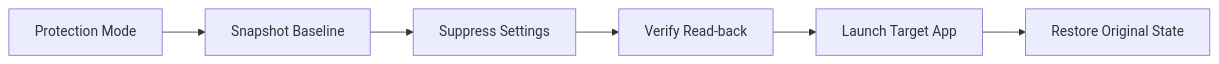
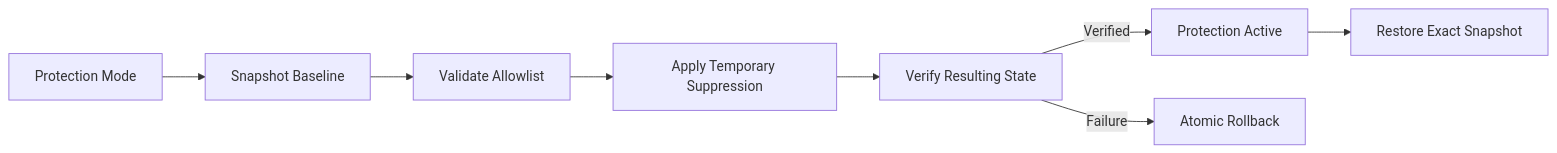
The first of 2 diagrams in README.md (nihal-here/DevShield), drawn with Mermaid before and after one commit. The commit also changed other lines of this file and 8 other files, not shown here.

````diff
--- a/README.md
+++ b/README.md
@@ -44,8 +66,10 @@
 ```mermaid
 flowchart LR
     A[Protection Mode] --> B[Snapshot Baseline]
-    B --> C[Suppress Settings]
-    C --> D[Verify Read-back]
-    D --> E[Launch Target App]
-    E --> F[Restore Original State]
+    B --> C[Validate Allowlist]
+    C --> D[Apply Temporary Suppression]
+    D --> E[Verify Resulting State]
+    E -->|Verified| F[Protection Active]
+    E -->|Failure| G[Atomic Rollback]
+    F --> H[Restore Exact Snapshot]
 ```
````
